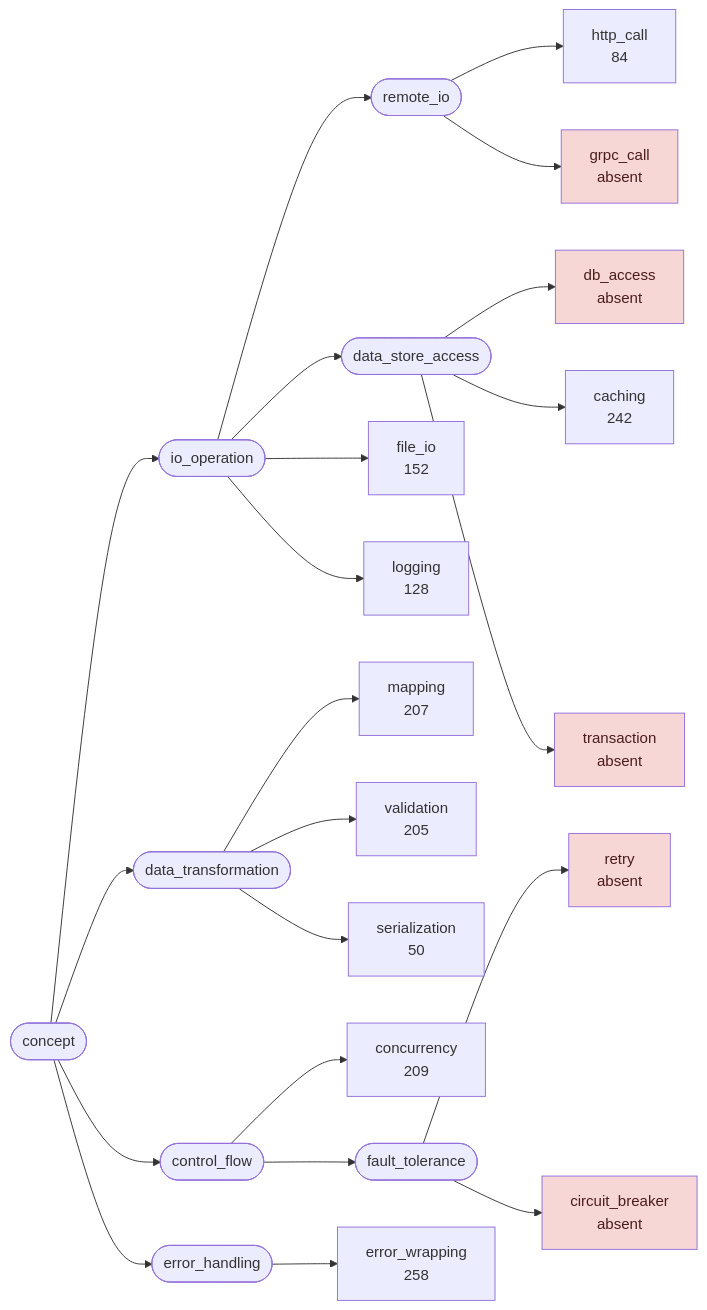
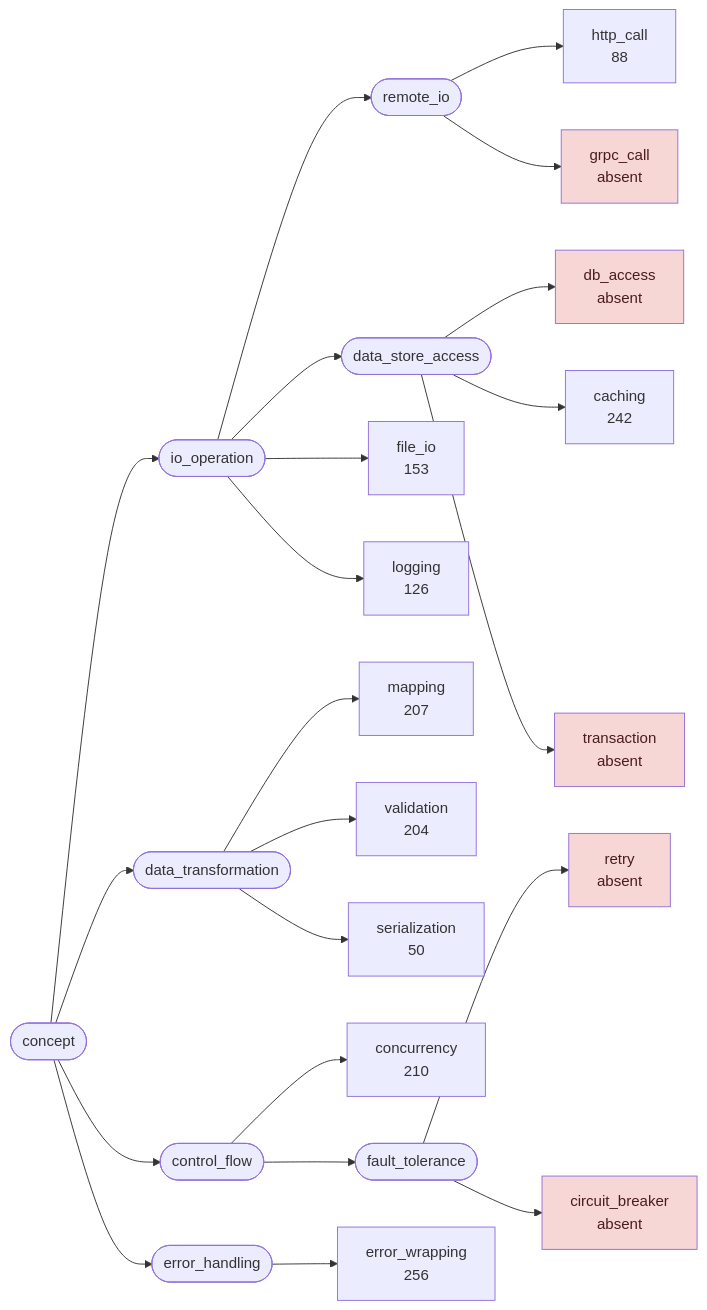
Before and after one commit to LukasSelin/doppel: the first of 4 diagrams in examples/hugo.md, drawn with Mermaid. The commit also changed other lines of this file and 7 other files, not shown here.

````diff
--- a/examples/hugo.md
+++ b/examples/hugo.md
@@ -59,50 +59,50 @@
 ```mermaid
 flowchart LR
     s0(["concept"])
     s1(["io_operation"])
     s2(["remote_io"])
-    s3["http_call<br/>84"]
+    s3["http_call<br/>88"]
     s4["grpc_call<br/>absent"]
     s5(["data_store_access"])
     s6["db_access<br/>absent"]
     s7["caching<br/>242"]
     s8["transaction<br/>absent"]
-    s9["file_io<br/>152"]
-    s10["logging<br/>128"]
+    s9["file_io<br/>153"]
+    s10["logging<br/>126"]
     s11(["data_transformation"])
     s12["mapping<br/>207"]
-    s13["validation<br/>205"]
+    s13["validation<br/>204"]
     s14["serialization<br/>50"]
     s15(["control_flow"])
-    s16["concurrency<br/>209"]
+    s16["concurrency<br/>210"]
     s17(["fault_tolerance"])
     s18["retry<br/>absent"]
     s19["circuit_breaker<br/>absent"]
     s20(["error_handling"])
-    s21["error_wrapping<br/>258"]
+    s21["error_wrapping<br/>256"]
     s0 --> s1
     s1 --> s2
     s2 --> s3
     s2 --> s4
     s1 --> s5
     s5 --> s6
     s5 --> s7
     s5 --> s8
     s1 --> s9
     s1 --> s10
     s0 --> s11
     s11 --> s12
     s11 --> s13
     s11 --> s14
     s0 --> s15
     s15 --> s16
     s15 --> s17
     s17 --> s18
     s17 --> s19
     s0 --> s20
     s20 --> s21
     classDef good fill:#d7ecd9,color:#1b3d20
     classDef warn fill:#fbeecb,color:#4a3a12
     classDef hot fill:#f7d6d6,color:#4a1c1c
     class s4,s6,s8,s18,s19 hot
 ```
````
